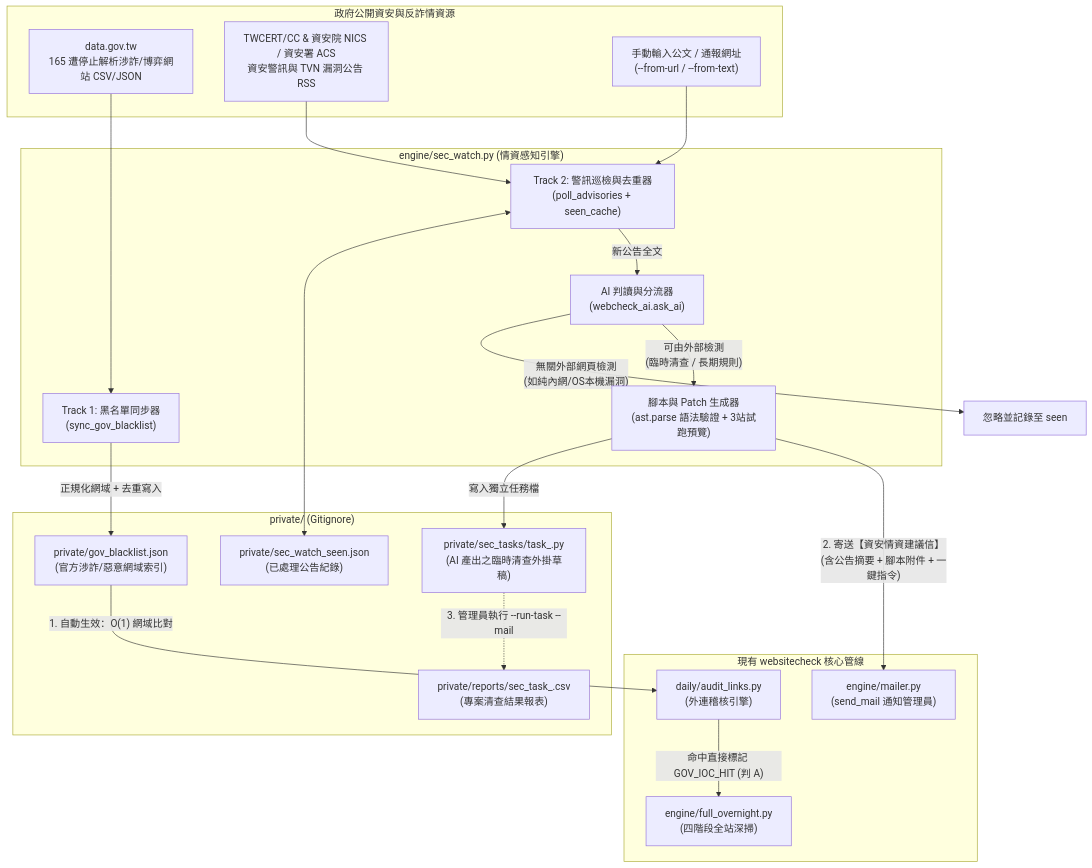
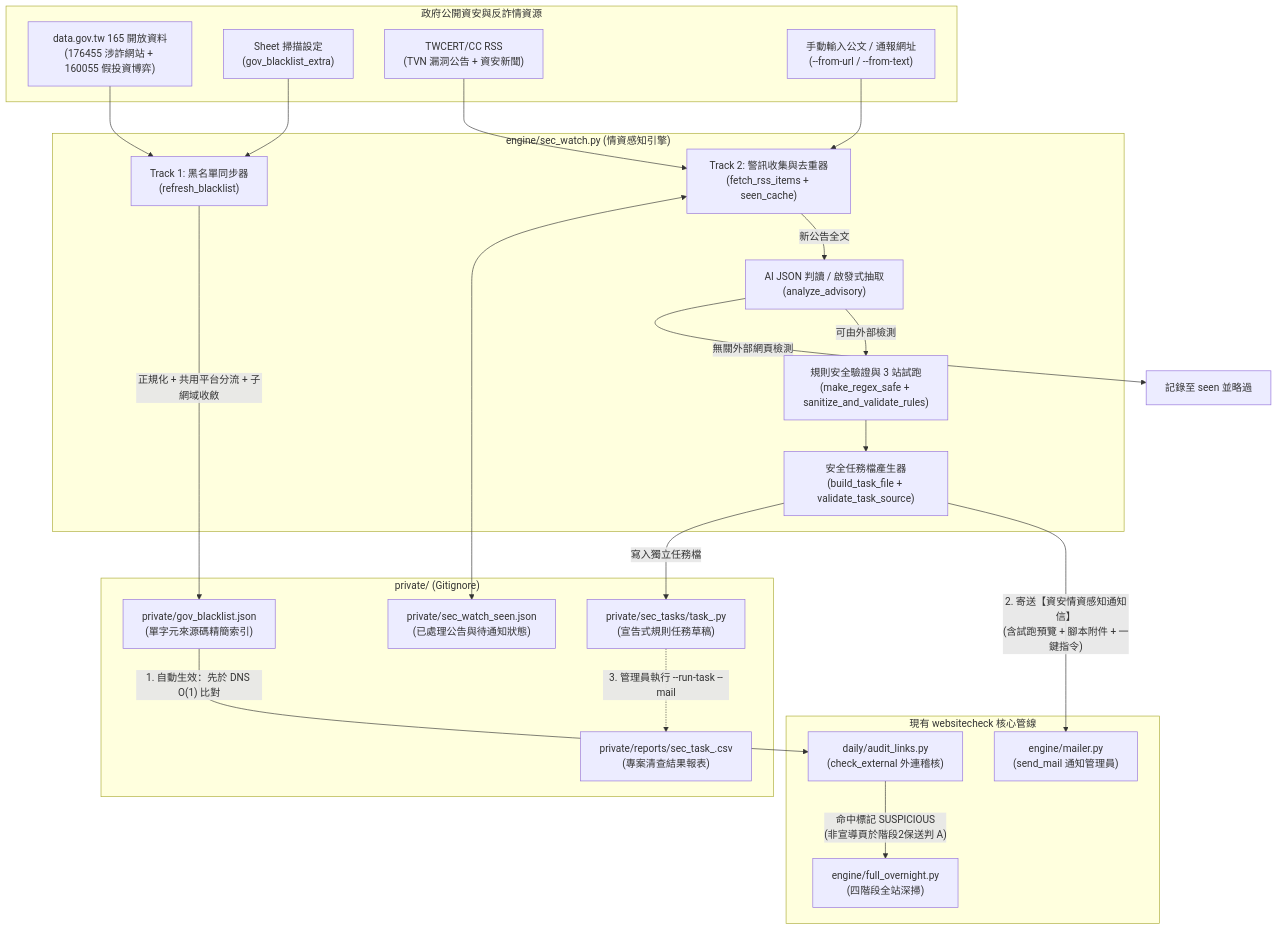
The first of 2 diagrams in docs/SEC_INTEL_DESIGN.md (acebd12345/websitecheck), drawn with Mermaid before and after one commit. The commit also changed other lines of this file and 5 other files, not shown here.

Commit message:
docs(sec_watch): 同步架構與實作規格文件並於 AI 判讀前加入 mask_pii 個資遮罩

````diff
--- a/docs/SEC_INTEL_DESIGN.md
+++ b/docs/SEC_INTEL_DESIGN.md
@@ -24,43 +24,44 @@
 ```mermaid
 flowchart TD
     subgraph Sources["政府公開資安與反詐情資源"]
-        S1["data.gov.tw<br/>165 遭停止解析涉詐/博弈網站 CSV/JSON"]
-        S2["TWCERT/CC & 資安院 NICS / 資安署 ACS<br/>資安警訊與 TVN 漏洞公告 RSS"]
-        S3["手動輸入公文 / 通報網址<br/>(--from-url / --from-text)"]
+        S1["data.gov.tw 165 開放資料<br/>(176455 涉詐網站 + 160055 假投資博弈)"]
+        S2["Sheet 掃描設定<br/>(gov_blacklist_extra)"]
+        S3["TWCERT/CC RSS<br/>(TVN 漏洞公告 + 資安新聞)"]
+        S4["手動輸入公文 / 通報網址<br/>(--from-url / --from-text)"]
     end
 
     subgraph Engine["engine/sec_watch.py (情資感知引擎)"]
-        F1["Track 1: 黑名單同步器<br/>(sync_gov_blacklist)"]
-        F2["Track 2: 警訊巡檢與去重器<br/>(poll_advisories + seen_cache)"]
-        AI["AI 判讀與分流器<br/>(webcheck_ai.ask_ai)"]
-        GEN["腳本與 Patch 生成器<br/>(ast.parse 語法驗證 + 3站試跑預覽)"]
+        F1["Track 1: 黑名單同步器<br/>(refresh_blacklist)"]
+        F2["Track 2: 警訊收集與去重器<br/>(fetch_rss_items + seen_cache)"]
+        AI["AI JSON 判讀 / 啟發式抽取<br/>(analyze_advisory)"]
+        VAL["規則安全驗證與 3 站試跑<br/>(make_regex_safe + sanitize_and_validate_rules)"]
+        GEN["安全任務檔產生器<br/>(build_task_file + validate_task_source)"]
     end
 
     subgraph Storage["private/ (Gitignore)"]
-        BL["private/gov_blacklist.json<br/>(官方涉詐/惡意網域索引)"]
-        SEEN["private/sec_watch_seen.json<br/>(已處理公告紀錄)"]
-        TASK["private/sec_tasks/task_<id>.py<br/>(AI 產出之臨時清查外掛草稿)"]
+        BL["private/gov_blacklist.json<br/>(單字元來源碼精簡索引)"]
+        SEEN["private/sec_watch_seen.json<br/>(已處理公告與待通知狀態)"]
+        TASK["private/sec_tasks/task_<id>.py<br/>(宣告式規則任務草稿)"]
         RPT["private/reports/sec_task_<id>.csv<br/>(專案清查結果報表)"]
     end
 
     subgraph Runtime["現有 websitecheck 核心管線"]
-        AL["daily/audit_links.py<br/>(外連稽核引擎)"]
+        AL["daily/audit_links.py<br/>(check_external 外連稽核)"]
         FO["engine/full_overnight.py<br/>(四階段全站深掃)"]
         ML["engine/mailer.py<br/>(send_mail 通知管理員)"]
     end
 
-    S1 --> F1
-    F1 -->|"正規化網域 + 去重寫入"| BL
-    BL -->|"1. 自動生效：O(1) 網域比對"| AL
-    AL -->|"命中直接標記 GOV_IOC_HIT (判 A)"| FO
+    S1 & S2 --> F1
+    F1 -->|"正規化 + 共用平台分流 + 子網域收斂"| BL
+    BL -->|"1. 自動生效：先於 DNS O(1) 比對"| AL
+    AL -->|"命中標記 SUSPICIOUS<br/>(非宣導頁於階段2保送判 A)"| FO
 
-    S2 --> F2
-    S3 --> F2
+    S3 & S4 --> F2
     F2 <--> SEEN
     F2 -->|"新公告全文"| AI
-    AI -->|"無關外部網頁檢測<br/>(如純內網/OS本機漏洞)"| IGN["忽略並記錄至 seen"]
-    AI -->|"可由外部檢測<br/>(臨時清查 / 長期規則)"| GEN
+    AI -->|"無關外部網頁檢測"| IGN["記錄至 seen 並略過"]
+    AI -->|"可由外部檢測"| VAL --> GEN
     GEN -->|"寫入獨立任務檔"| TASK
-    GEN -->|"2. 寄送【資安情資建議信】<br/>(含公告摘要 + 腳本附件 + 一鍵指令)"| ML
+    GEN -->|"2. 寄送【資安情資感知通知信】<br/>(含試跑預覽 + 腳本附件 + 一鍵指令)"| ML
     TASK -.->|"3. 管理員執行 --run-task --mail"| RPT
 ```
````
